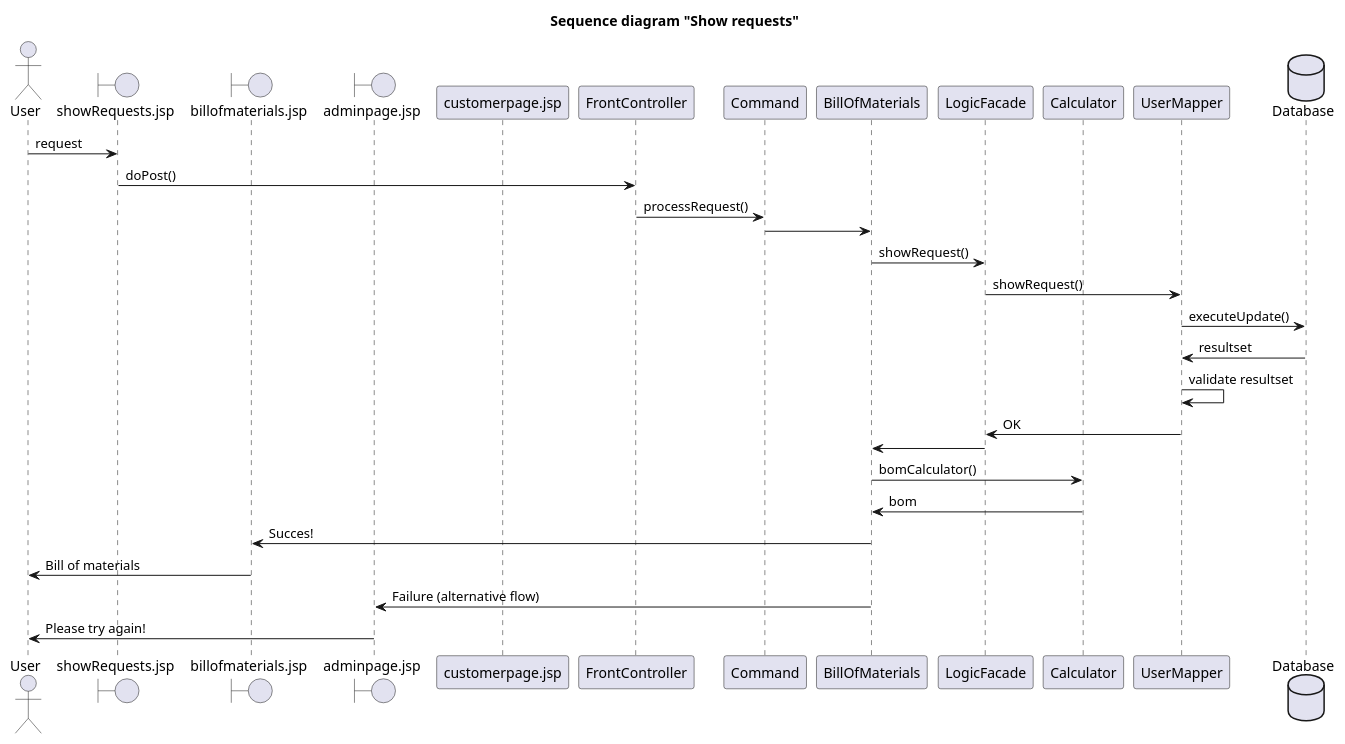
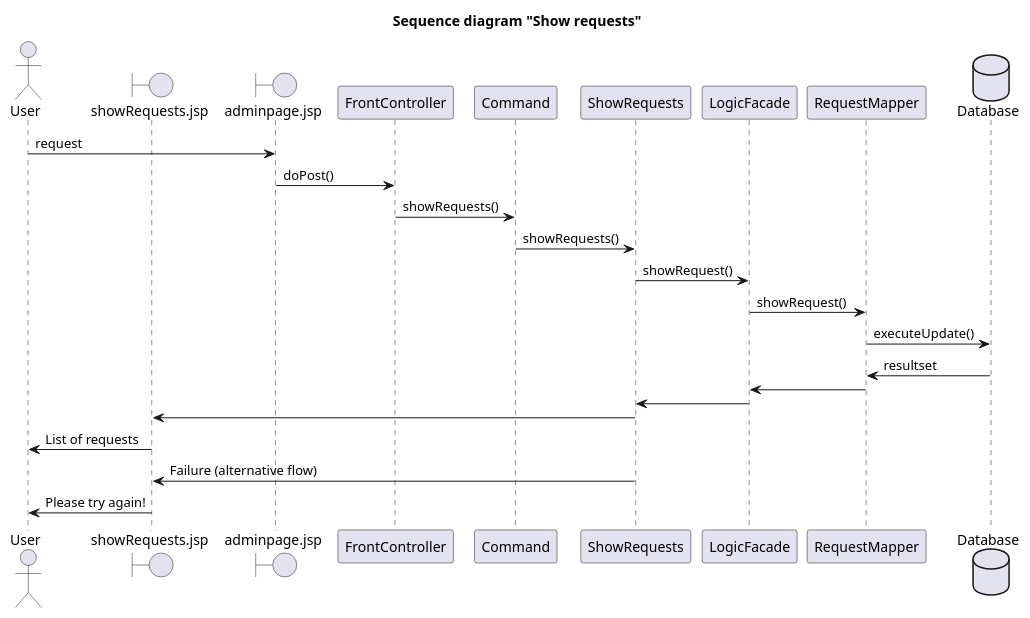
The diagram in documents/Diagrams/SequenceDiagramShowRequest.puml (Goya90/Fog), drawn with PlantUML before and after one commit. The commit also changed 7 other files, not shown here.

Commit message:
Materialiste i Excel, Calculator.java og diagrammer er opdateret.

```diff
--- a/documents/Diagrams/SequenceDiagramShowRequest.puml
+++ b/documents/Diagrams/SequenceDiagramShowRequest.puml
@@ -1,35 +1,29 @@
 @startuml
 
 title Sequence diagram "Show requests"
 
 actor User
 boundary showRequests.jsp
-boundary billofmaterials.jsp
 boundary adminpage.jsp
-participant customerpage.jsp
 participant FrontController
 participant Command
-participant BillOfMaterials
+participant ShowRequests
 participant LogicFacade
-participant Calculator
-participant UserMapper
+participant RequestMapper
 database Database
 
-User -> showRequests.jsp : request
-showRequests.jsp -> FrontController : doPost()
-FrontController -> Command : processRequest()
-Command -> BillOfMaterials :
-BillOfMaterials -> LogicFacade : showRequest()
-LogicFacade -> UserMapper : showRequest()
-UserMapper -> Database : executeUpdate()
-Database -> UserMapper : resultset
-UserMapper -> UserMapper : validate resultset
-UserMapper -> LogicFacade : OK
-LogicFacade -> BillOfMaterials
-BillOfMaterials -> Calculator : bomCalculator()
-Calculator -> BillOfMaterials : bom
-BillOfMaterials -> billofmaterials.jsp : Succes!
-billofmaterials.jsp -> User : Bill of materials
-BillOfMaterials -> adminpage.jsp : Failure (alternative flow)
-adminpage.jsp -> User : Please try again!
+User -> adminpage.jsp : request
+adminpage.jsp -> FrontController : doPost()
+FrontController -> Command : showRequests()
+Command -> ShowRequests : showRequests()
+ShowRequests -> LogicFacade : showRequest()
+LogicFacade -> RequestMapper : showRequest()
+RequestMapper -> Database : executeUpdate()
+Database -> RequestMapper : resultset
+RequestMapper -> LogicFacade :
+LogicFacade -> ShowRequests :
+ShowRequests-> showRequests.jsp :
+showRequests.jsp -> User : List of requests
+ShowRequests -> showRequests.jsp : Failure (alternative flow)
+showRequests.jsp -> User : Please try again!
 @enduml
```
